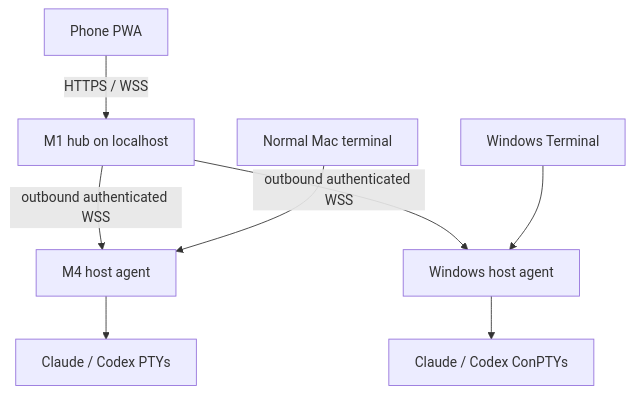
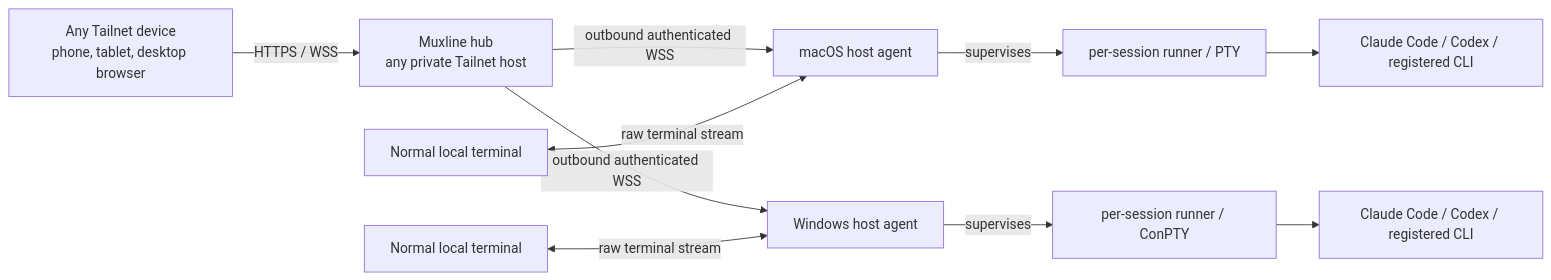
Before and after one commit to machi47/muxline: the diagram in README.md, drawn with Mermaid. The commit also changed other lines of this file and 35 other files, not shown here.

Commit message:
feat: build durable cross-device session registry

````diff
--- a/README.md
+++ b/README.md
@@ -11,10 +16,10 @@
 ```mermaid
-flowchart TD
-    Phone["Phone PWA"] -->|"HTTPS / WSS"| Hub["M1 hub on localhost"]
-    Hub -->|"outbound authenticated WSS"| MacAgent["M4 host agent"]
-    Hub -->|"outbound authenticated WSS"| WinAgent["Windows host agent"]
-    MacTerminal["Normal Mac terminal"] --> MacAgent
-    WinTerminal["Windows Terminal"] --> WinAgent
-    MacAgent --> MacPTY["Claude / Codex PTYs"]
-    WinAgent --> WinPTY["Claude / Codex ConPTYs"]
+flowchart LR
+    Browser["Any Tailnet device\nphone, tablet, desktop browser"] -->|"HTTPS / WSS"| Hub["Muxline hub\nany private Tailnet host"]
+    Hub -->|"outbound authenticated WSS"| Mac["macOS host agent"]
+    Hub -->|"outbound authenticated WSS"| Windows["Windows host agent"]
+    Mac -->|"supervises"| MacRunner["per-session runner / PTY"] --> MacCli["Claude Code / Codex / registered CLI"]
+    Windows -->|"supervises"| WinRunner["per-session runner / ConPTY"] --> WinCli["Claude Code / Codex / registered CLI"]
+    LocalMac["Normal local terminal"] <-->|"raw terminal stream"| Mac
+    LocalWin["Normal local terminal"] <-->|"raw terminal stream"| Windows
 ```
````
